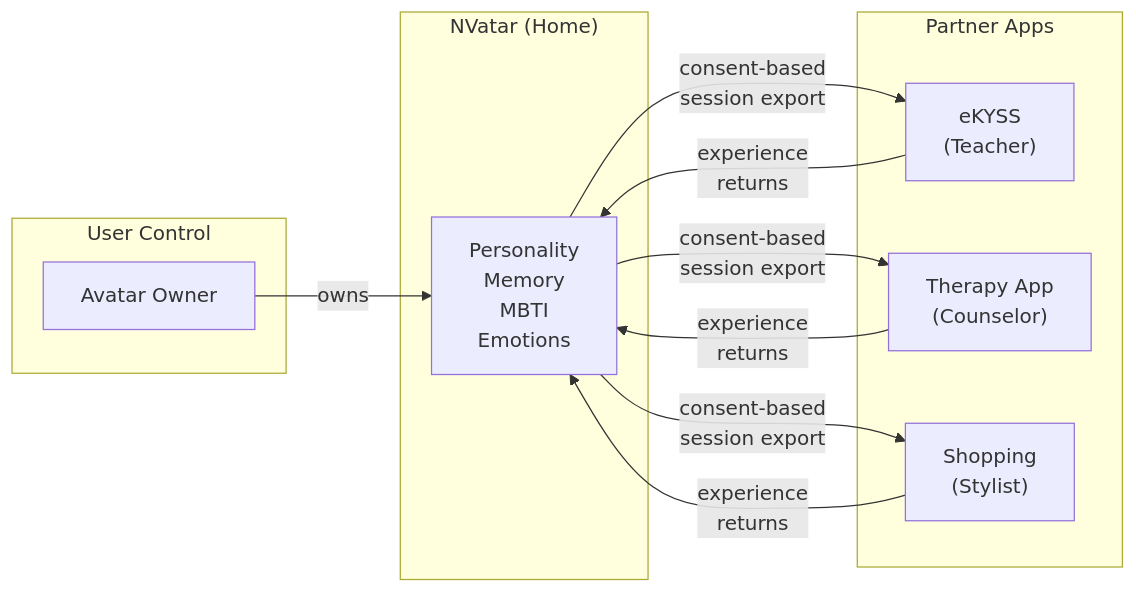
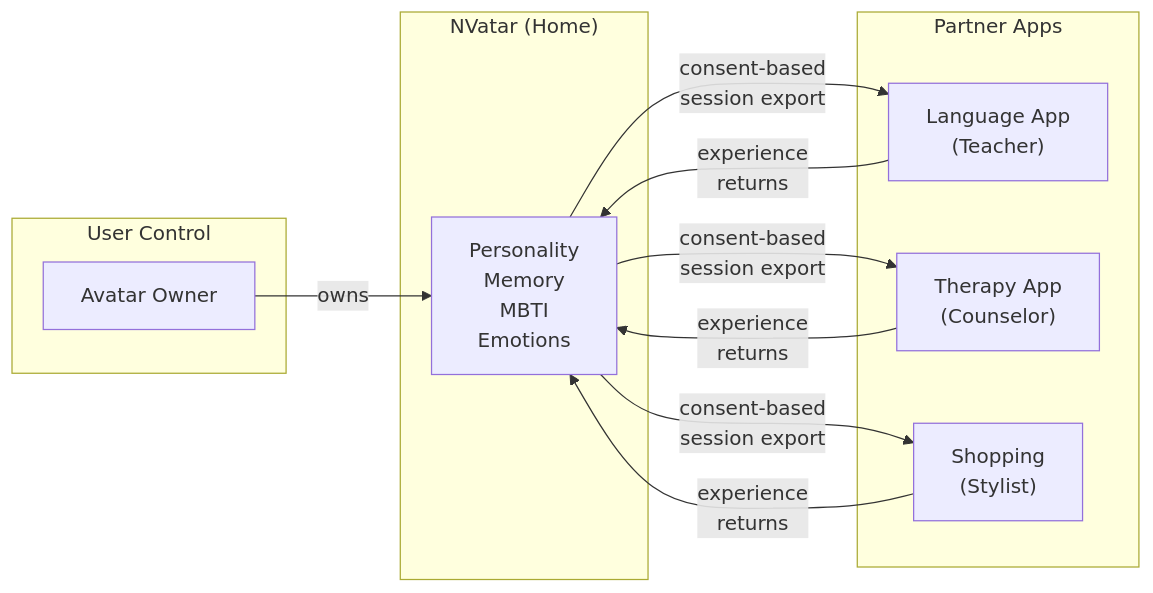
The diagram in README.ja.md (nskit-io/portable-ai-companion), drawn with Mermaid before and after one commit. The commit also changed other lines of this file and 3 other files, not shown here.

````diff
--- a/README.ja.md
+++ b/README.ja.md
@@ -159,24 +159,24 @@
 ```mermaid
 graph LR
     subgraph User["User Control"]
         U["Avatar Owner"]
     end
 
     subgraph Home["NVatar (Home)"]
         P["Personality<br/>Memory<br/>MBTI<br/>Emotions"]
     end
 
     subgraph Partners["Partner Apps"]
-        A1["eKYSS<br/>(Teacher)"]
+        A1["Language App<br/>(Teacher)"]
         A2["Therapy App<br/>(Counselor)"]
         A3["Shopping<br/>(Stylist)"]
     end
 
     U -->|"owns"| P
     P -->|"consent-based<br/>session export"| A1
     P -->|"consent-based<br/>session export"| A2
     P -->|"consent-based<br/>session export"| A3
     A1 -->|"experience<br/>returns"| P
     A2 -->|"experience<br/>returns"| P
     A3 -->|"experience<br/>returns"| P
 ```
````
